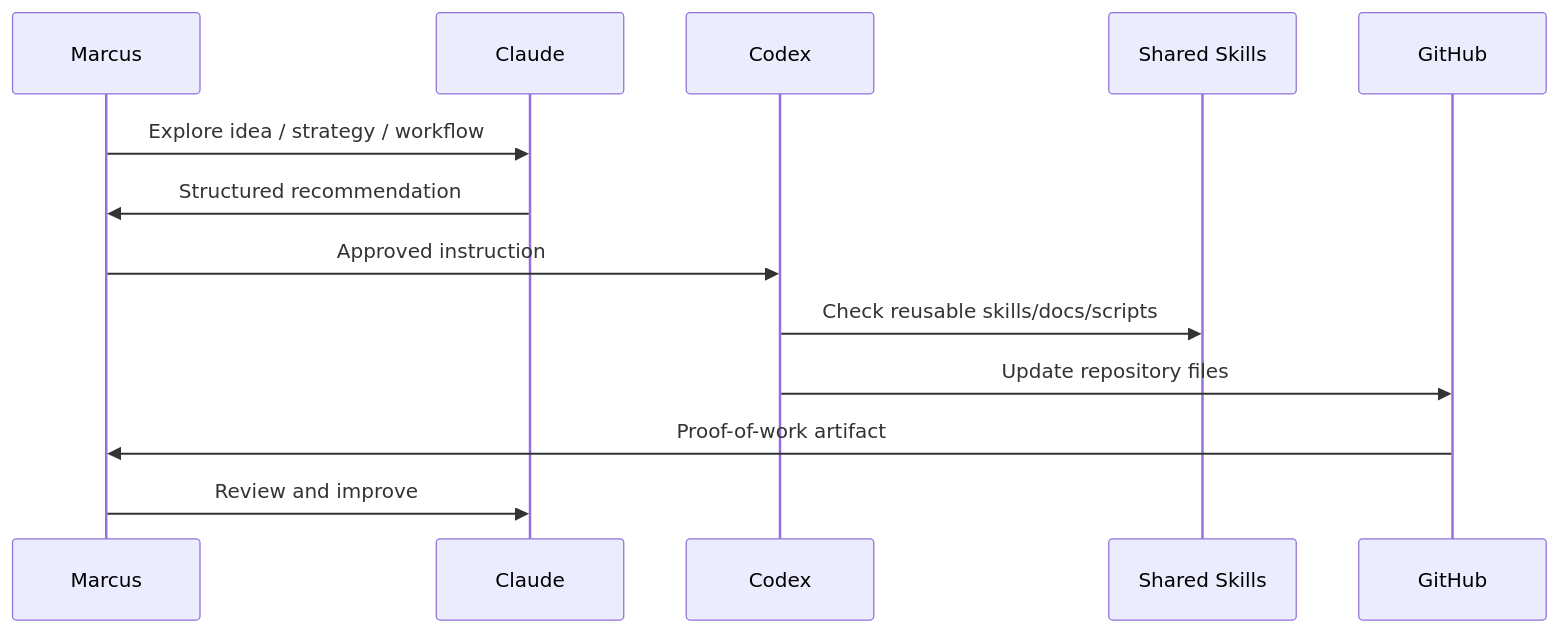
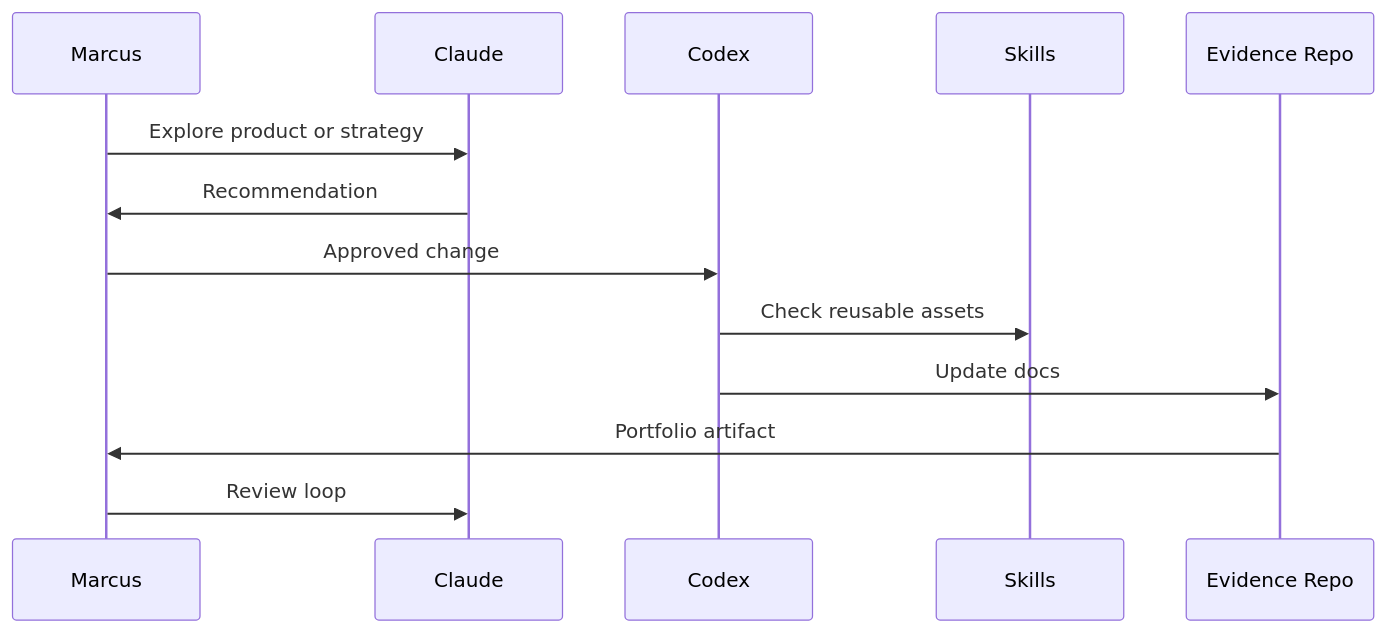
One commit to marcus-uden-dev/ai-native-proof-of-work changed the diagram in workflows/CLAUDE_CODEX_WORKFLOW.md. Above: the diagram before and after it, drawn with Mermaid. The commit also changed other lines of this file and 78 other files, not shown here.

Commit message:
Reframe strategy and diagrams around project proof

````diff
--- a/workflows/CLAUDE_CODEX_WORKFLOW.md
+++ b/workflows/CLAUDE_CODEX_WORKFLOW.md
@@ -41,16 +41,16 @@
 ```mermaid
 sequenceDiagram
     participant M as Marcus
     participant C as Claude
     participant X as Codex
-    participant A as Shared Skills
-    participant G as GitHub
+    participant A as Skills
+    participant R as Evidence Repo
 
-    M->>C: Explore idea / strategy / workflow
-    C->>M: Structured recommendation
-    M->>X: Approved instruction
-    X->>A: Check reusable skills/docs/scripts
-    X->>G: Update repository files
-    G->>M: Proof-of-work artifact
-    M->>C: Review and improve
+    M->>C: Explore product or strategy
+    C->>M: Recommendation
+    M->>X: Approved change
+    X->>A: Check reusable assets
+    X->>R: Update docs
+    R->>M: Portfolio artifact
+    M->>C: Review loop
 ```
````
